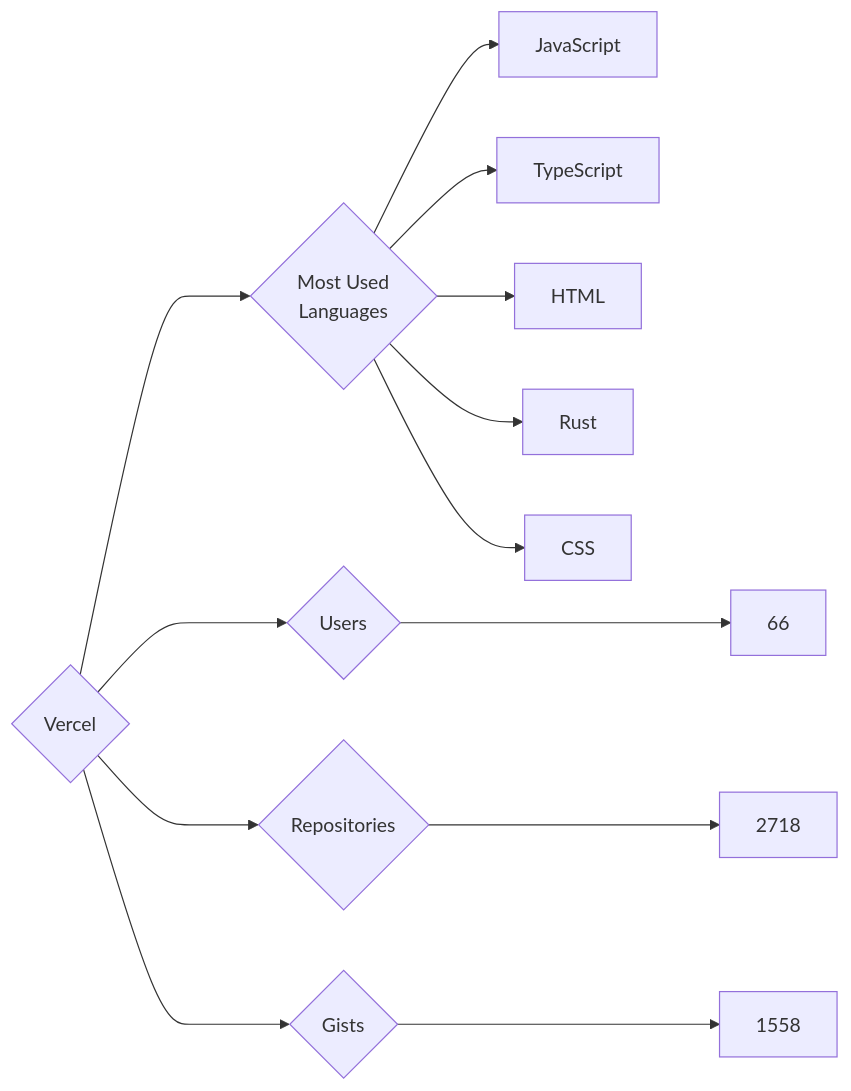
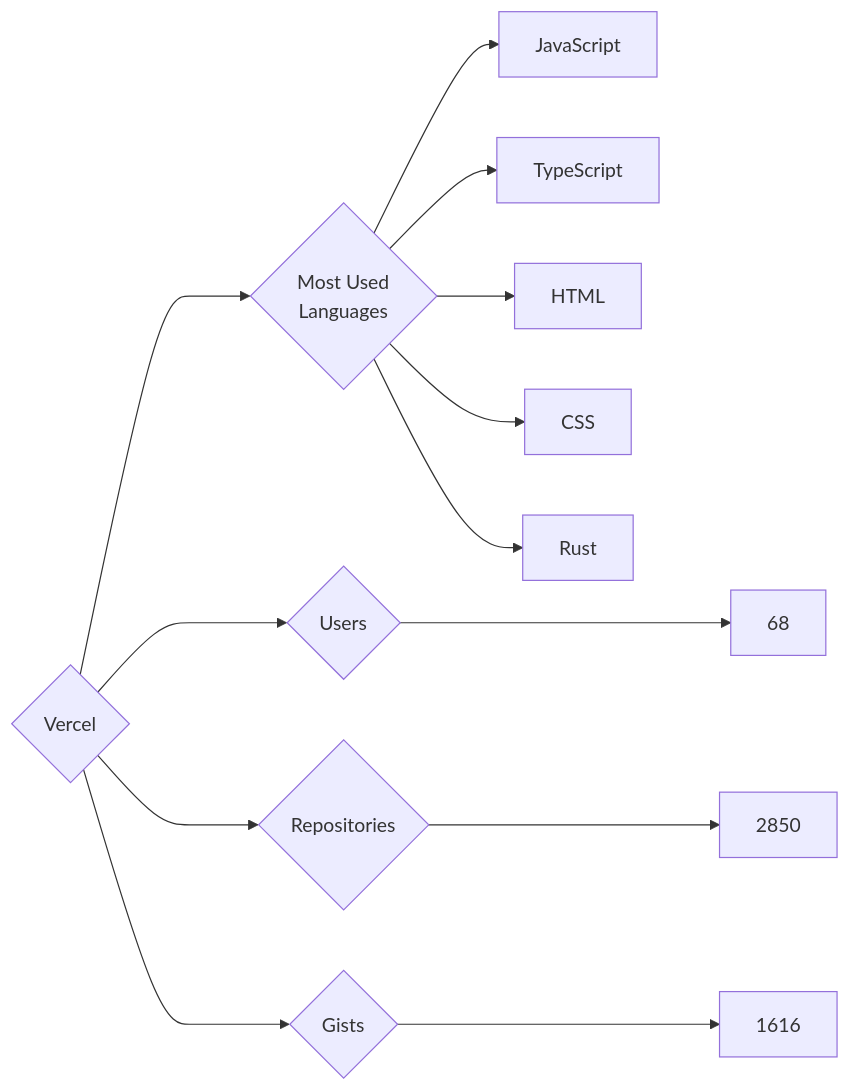
The diagram in targets/Vercel/README.md (trickest/insiders), drawn with Mermaid before and after one commit. The commit also changed 860 other files, not shown here.

````diff
--- a/targets/Vercel/README.md
+++ b/targets/Vercel/README.md
@@ -3,13 +3,13 @@
 ```mermaid
 graph LR
 COMPANY_NAME{Vercel}
-COMPANY_NAME ---> U{Users} ---> UN[66]
-COMPANY_NAME ---> R{Repositories} ---> RN[2718]
-COMPANY_NAME ---> G{Gists} ---> GN[1558]
+COMPANY_NAME ---> U{Users} ---> UN[68]
+COMPANY_NAME ---> R{Repositories} ---> RN[2850]
+COMPANY_NAME ---> G{Gists} ---> GN[1616]
 COMPANY_NAME ---> ML{Most Used<br>Languages}
 ML --> JavaScript[JavaScript]
 ML --> TypeScript[TypeScript]
 ML --> HTML[HTML]
+ML --> CSS[CSS]
 ML --> Rust[Rust]
-ML --> CSS[CSS]
 ```
````
